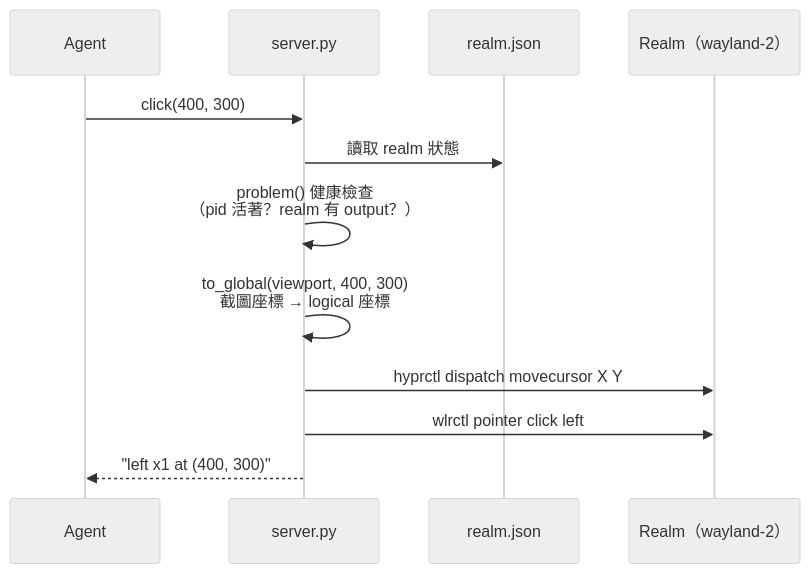
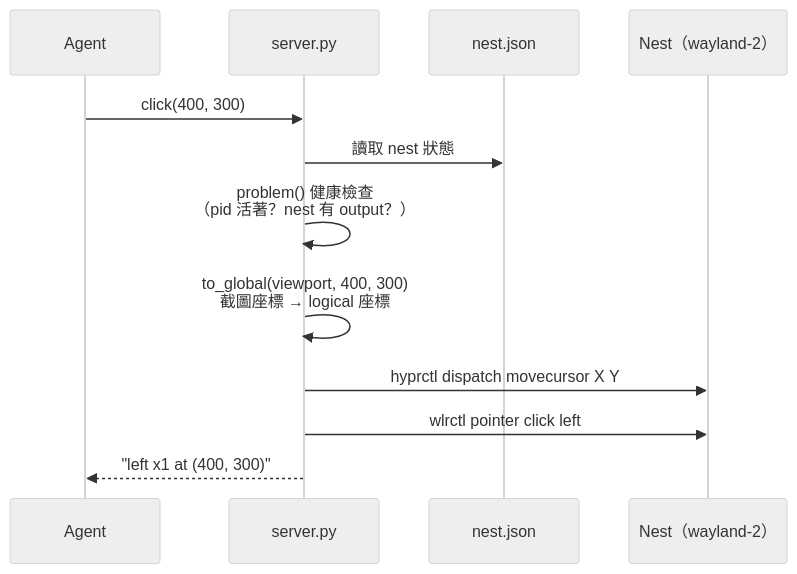
One commit to jason9075/hypr-computer-use-mcp changed the second of 2 diagrams in docs/architecture.md. Above: the diagram before and after it, drawn with Mermaid (neutral theme). The commit also changed other lines of this file and 14 other files, not shown here.

First line of the commit message:
refactor!: rename "realm" to "nest"

````diff
--- a/docs/architecture.md
+++ b/docs/architecture.md
@@ -79,15 +79,15 @@
 ```mermaid
 sequenceDiagram
   participant A as Agent
   participant S as server.py
-  participant R as realm.json
-  participant N as Realm（wayland-2）
+  participant R as nest.json
+  participant N as Nest（wayland-2）
 
   A->>S: click(400, 300)
-  S->>R: 讀取 realm 狀態
-  S->>S: problem() 健康檢查<br/>（pid 活著？realm 有 output？）
+  S->>R: 讀取 nest 狀態
+  S->>S: problem() 健康檢查<br/>（pid 活著？nest 有 output？）
   S->>S: to_global(viewport, 400, 300)<br/>截圖座標 → logical 座標
   S->>N: hyprctl dispatch movecursor X Y
   S->>N: wlrctl pointer click left
   S-->>A: "left x1 at (400, 300)"
 ```
````
